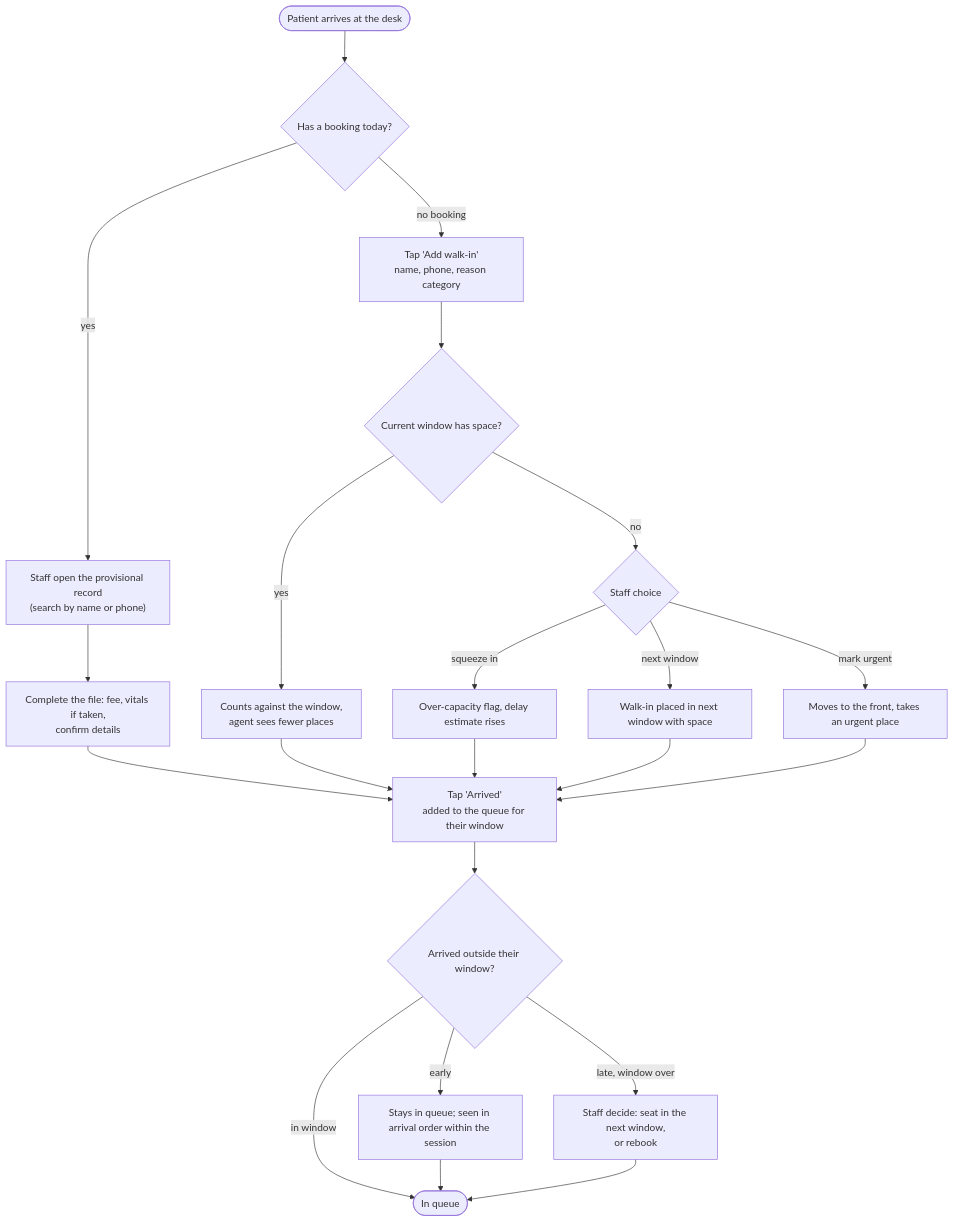
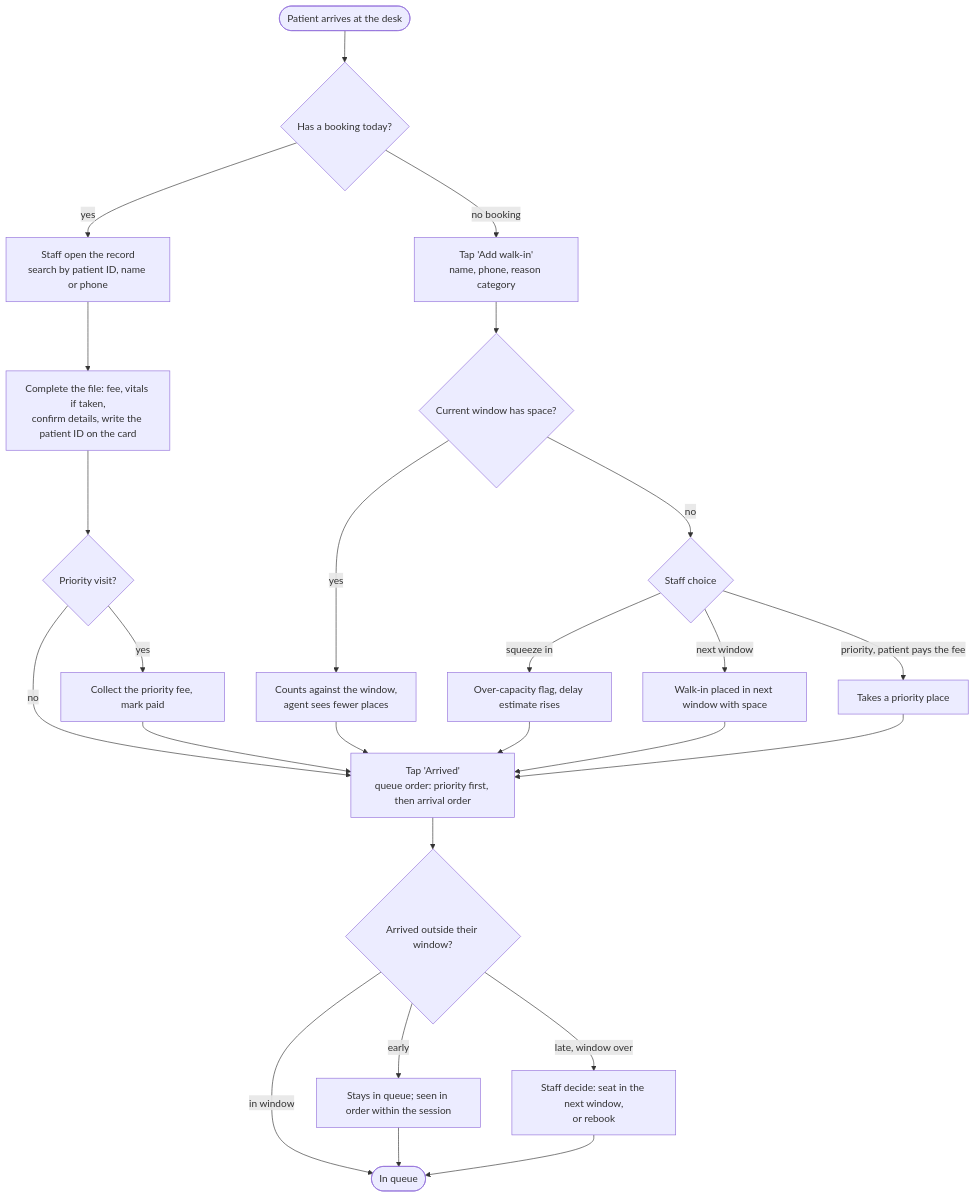
Before and after one commit to Anupamgt/tts-agent-1: the first of 4 diagrams in docs/flows/09-day-of-operations.md, drawn with Mermaid. The commit also changed other lines of this file and 15 other files, not shown here.

First line of the commit message:
Apply decisions 1, 3, 6, 7, 12, 13 to flows, schema and alignment

````diff
--- a/docs/flows/09-day-of-operations.md
+++ b/docs/flows/09-day-of-operations.md
@@ -7,24 +11,28 @@
 ```mermaid
 flowchart TD
     A0(["Patient arrives at the desk"]) --> A1{"Has a booking today?"}
-    A1 -->|"yes"| A2["Staff open the provisional record<br/>(search by name or phone)"]
-    A2 --> A3["Complete the file: fee, vitals if taken,<br/>confirm details"]
-    A3 --> A4["Tap 'Arrived'<br/>added to the queue for their window"]
+    A1 -->|"yes"| A2["Staff open the record<br/>search by patient ID, name or phone"]
+    A2 --> A3["Complete the file: fee, vitals if taken,<br/>confirm details, write the patient ID on the card"]
+    A3 --> A3b{"Priority visit?"}
+    A3b -->|"yes"| A3c["Collect the priority fee, mark paid"]
+    A3b -->|"no"| A4
+    A3c --> A4
+    A4["Tap 'Arrived'<br/>queue order: priority first, then arrival order"]
     A1 -->|"no booking"| A5["Tap 'Add walk-in'<br/>name, phone, reason category"]
     A5 --> A6{"Current window has space?"}
     A6 -->|"yes"| A7["Counts against the window,<br/>agent sees fewer places"]
     A6 -->|"no"| A8{"Staff choice"}
     A8 -->|"squeeze in"| A9["Over-capacity flag, delay estimate rises"]
     A8 -->|"next window"| A10["Walk-in placed in next window with space"]
-    A8 -->|"mark urgent"| A11["Moves to the front, takes an urgent place"]
+    A8 -->|"priority, patient pays the fee"| A11["Takes a priority place"]
     A7 --> A4
     A9 --> A4
     A10 --> A4
     A11 --> A4
     A4 --> A12{"Arrived outside their window?"}
-    A12 -->|"early"| A13["Stays in queue; seen in arrival order within the session"]
+    A12 -->|"early"| A13["Stays in queue; seen in order within the session"]
     A12 -->|"late, window over"| A14["Staff decide: seat in the next window,<br/>or rebook"]
     A12 -->|"in window"| A15(["In queue"])
     A13 --> A15
     A14 --> A15
 ```
````
